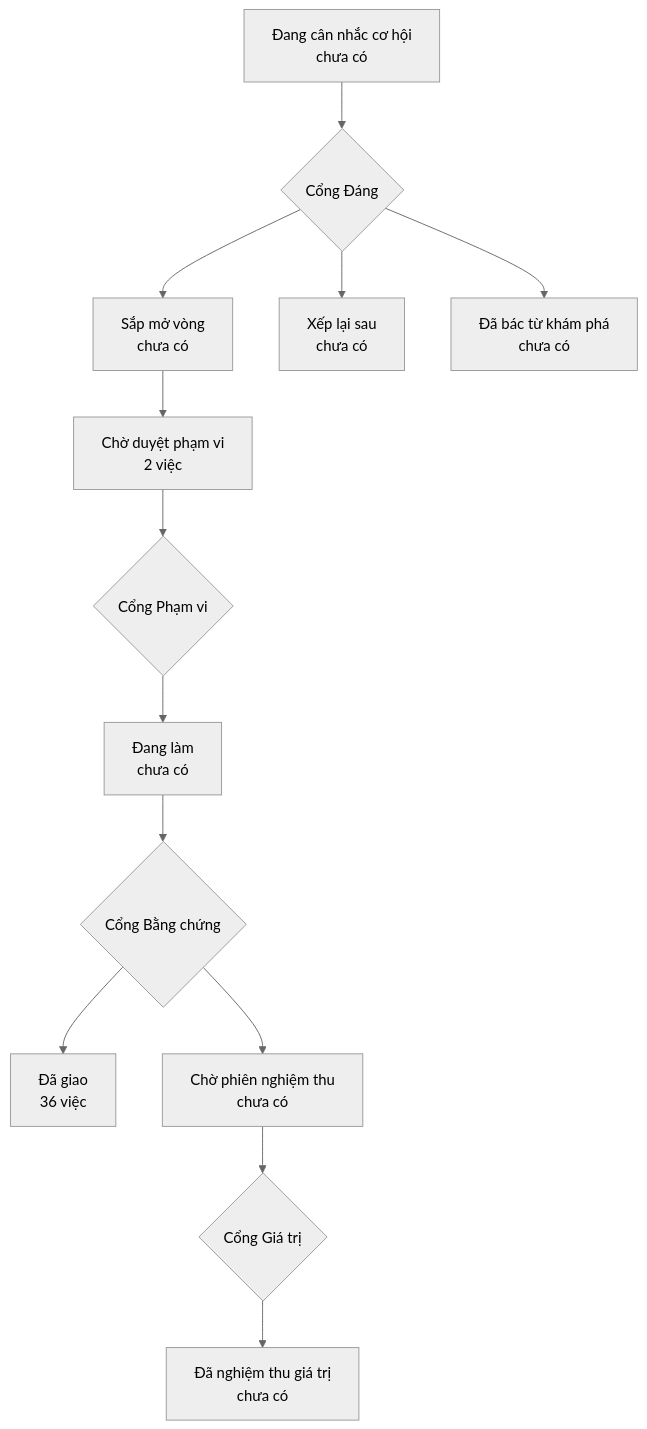
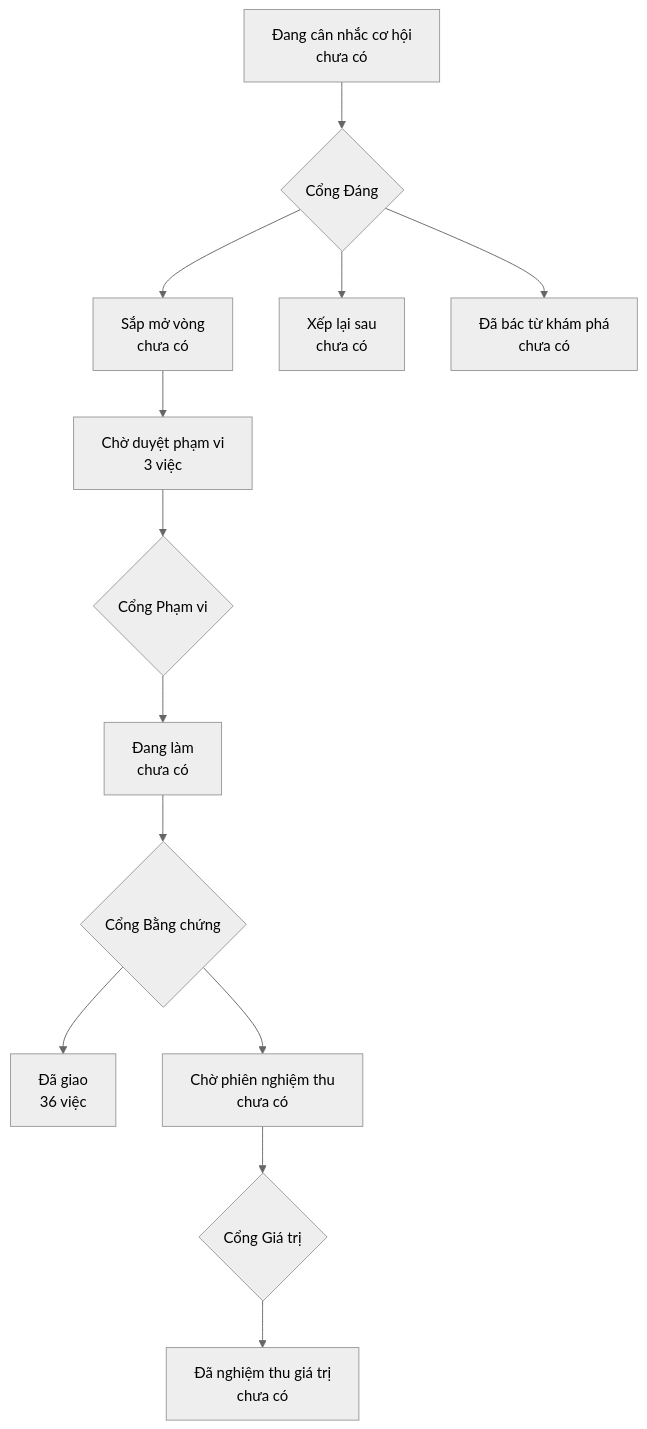
Before and after one commit to phanlemanh/acceptance-gate-kit: the diagram in PRODUCT-MAP.md, drawn with Mermaid (neutral theme). The commit also changed other lines of this file and 1 other file, not shown here.

Commit message:
acceptance(luu-kho-codex-va-nghi-le-design): contract draft — lưu kho Codex + khai tử nghi lễ design-loop (đợt 1 hồ sơ 1b)
11 tiêu chí, mọi tiêu chí âm tính kèm đối chứng dương trên origin/main.

LỆCH ĐỀ BÀI đã khai trong Notes, cần owner gạch ở Cổng 1: đề bài mục 1b.4 giả
định mirror plugins/ sống tiếp («P30 phải xanh»). Kiểm tiêu-thụ-thật cho thấy
plugins/ tồn tại CHỈ cho Codex — .agents/plugins/marketplace.json là bên duy
nhất trỏ vào, ba plugin Claude lấy nguồn từ ./ , ./feature-loop , ./design-loop.
ADR 0001 nói thẳng lý do tồn tại là manifest Codex không đọc được cây đa-edition.
Giữ mirror sau khi lưu kho Codex = giữ 125 file máy sinh không ai đọc + một lưới
canh sự khớp của nó, và M4 của bản neo («nơi sửa-hai-lần = 0») chỉ đạt một nửa.
Khuyến nghị một đường: gỡ luôn mirror + sync script + P30 + 2 khoá config, ADR
0001 đánh dấu superseded (không xoá sử liệu).

Số đo tại chỗ: plugins/ 125 file · codex/ 36 · tests/codex+design-loop 17 ·
design-loop/ 16 → ~194 file nếu duyệt khuyến nghị.

Cũng ghi: AC-11 của hồ sơ cat-hinh-thuc đòi sync-plugin-packages.sh --check
xanh — tiêu chí đó chết khi hồ sơ này merge; bên merge sau phải rebase.

````diff
--- a/PRODUCT-MAP.md
+++ b/PRODUCT-MAP.md
@@ -6,12 +6,12 @@
 ```mermaid
 flowchart TD
   A["Đang cân nhắc cơ hội<br/>chưa có"] --> GD{"Cổng Đáng"}
   GD --> B["Sắp mở vòng<br/>chưa có"]
   GD --> XL["Xếp lại sau<br/>chưa có"]
   GD --> DB["Đã bác từ khám phá<br/>chưa có"]
-  B --> CD["Chờ duyệt phạm vi<br/>2 việc"] --> GP{"Cổng Phạm vi"}
+  B --> CD["Chờ duyệt phạm vi<br/>3 việc"] --> GP{"Cổng Phạm vi"}
   GP --> DL["Đang làm<br/>chưa có"] --> GB{"Cổng Bằng chứng"}
   GB --> DG["Đã giao<br/>36 việc"]
   GB --> CN["Chờ phiên nghiệm thu<br/>chưa có"] --> GG{"Cổng Giá trị"}
   GG --> NT["Đã nghiệm thu giá trị<br/>chưa có"]
 ```
````
